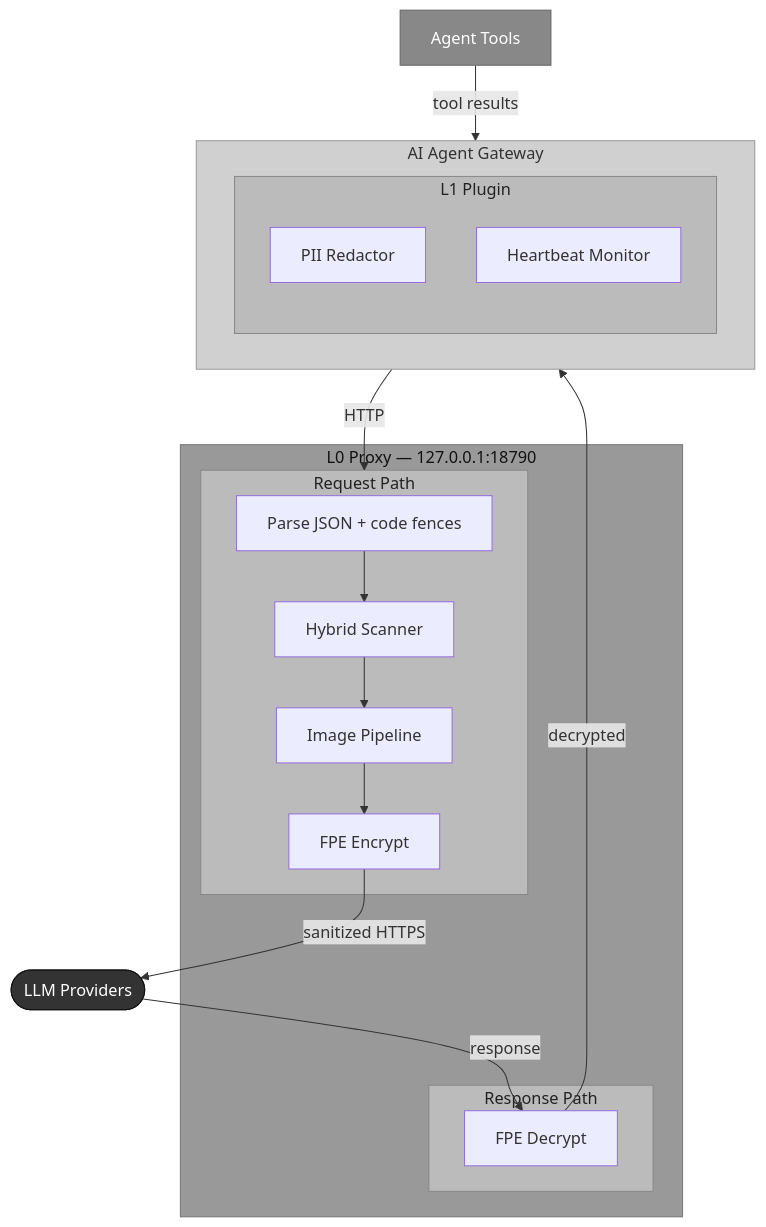
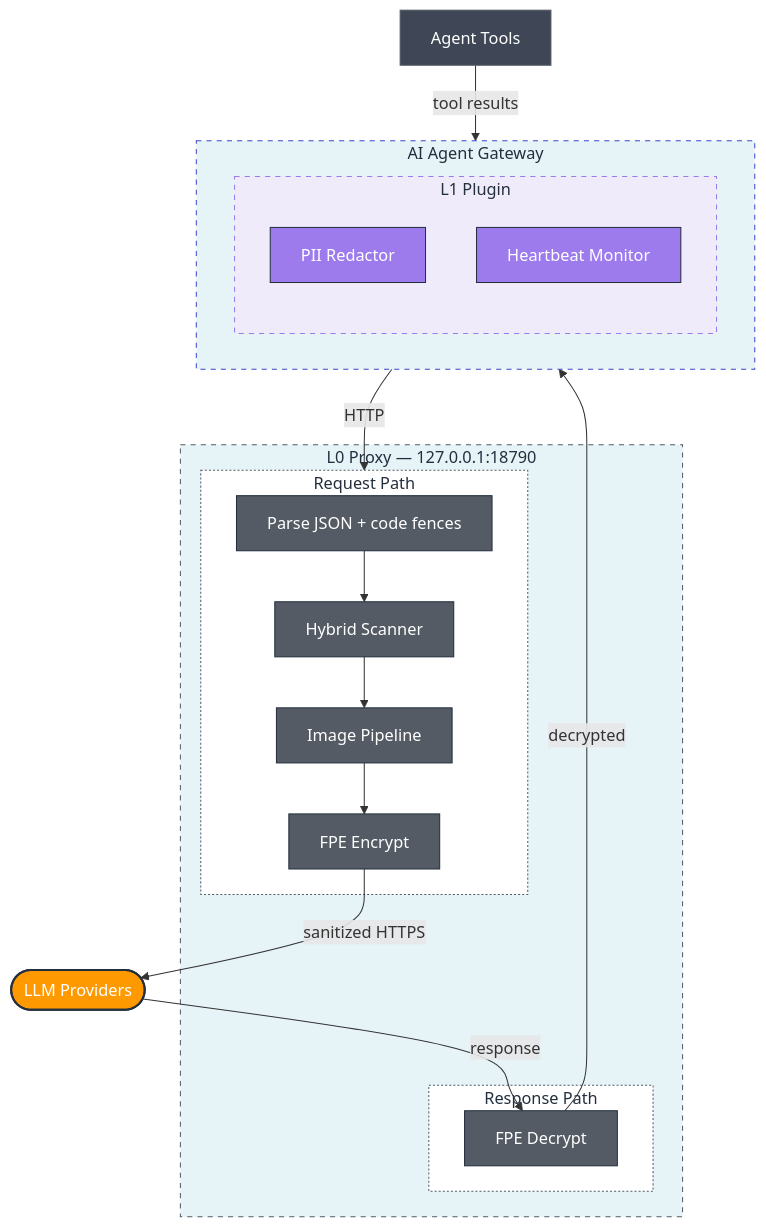
One commit to OpenObscure/OpenObscure changed the fourth of 14 diagrams in ARCHITECTURE.md. Above: the diagram before and after it, drawn with Mermaid. The commit also changed other lines of this file and 3 other files, not shown here.

First line of the commit message:
Apply consistent color palette across all mermaid diagrams

````diff
--- a/ARCHITECTURE.md
+++ b/ARCHITECTURE.md
@@ -131,38 +133,45 @@
 ```mermaid
 flowchart TB
     tools["Agent Tools"]
 
     subgraph gateway ["AI Agent Gateway"]
         subgraph l1box ["L1 Plugin"]
             redact["PII Redactor"]
             heartbeat["Heartbeat Monitor"]
         end
     end
 
     subgraph l0box ["L0 Proxy — 127.0.0.1:18790"]
         subgraph reqpath ["Request Path"]
             nested["Parse JSON + code fences"] --> hybrid["Hybrid Scanner"]
             hybrid --> imgpipe["Image Pipeline"]
             imgpipe --> ff1["FPE Encrypt"]
         end
         subgraph respath ["Response Path"]
             decrypt["FPE Decrypt"]
         end
     end
 
     llm(["LLM Providers"])
 
     tools -- "tool results" --> gateway
     gateway -- "HTTP" --> reqpath
     ff1 -- "sanitized HTTPS" --> llm
     llm -- "response" --> decrypt
     decrypt -- "decrypted" --> gateway
 
-    style gateway fill:#d0d0d0,stroke:#999,color:#333
-    style l1box fill:#bbb,stroke:#888,color:#222
-    style l0box fill:#999,stroke:#777,color:#111
-    style reqpath fill:#bbb,stroke:#888,color:#222
-    style respath fill:#bbb,stroke:#888,color:#222
-    style llm fill:#333,stroke:#111,color:#fff
-    style tools fill:#888,stroke:#666,color:#fff
+    style gateway fill:#e6f3f7,stroke:#3b48cc,stroke-dasharray: 5 5,color:#232F3E
+    style l1box fill:#f0ebfa,stroke:#9D7BED,stroke-dasharray: 5 5,color:#232F3E
+    style l0box fill:#e6f3f7,stroke:#545b64,stroke-dasharray: 5 5,color:#232F3E
+    style reqpath fill:#fff,stroke:#545b64,stroke-dasharray: 2 2,color:#232F3E
+    style respath fill:#fff,stroke:#545b64,stroke-dasharray: 2 2,color:#232F3E
+    style llm fill:#ff9900,stroke:#232F3E,stroke-width:2px,color:#fff
+    style tools fill:#3F4756,stroke:#545b64,color:#fff
+    style redact fill:#9D7BED,stroke:#232F3E,color:#fff
+    style heartbeat fill:#9D7BED,stroke:#232F3E,color:#fff
+    style nested fill:#545b64,stroke:#232F3E,color:#fff
+    style hybrid fill:#545b64,stroke:#232F3E,color:#fff
+    style imgpipe fill:#545b64,stroke:#232F3E,color:#fff
+    style ff1 fill:#545b64,stroke:#232F3E,color:#fff
+    style decrypt fill:#545b64,stroke:#232F3E,color:#fff
 ```
````
